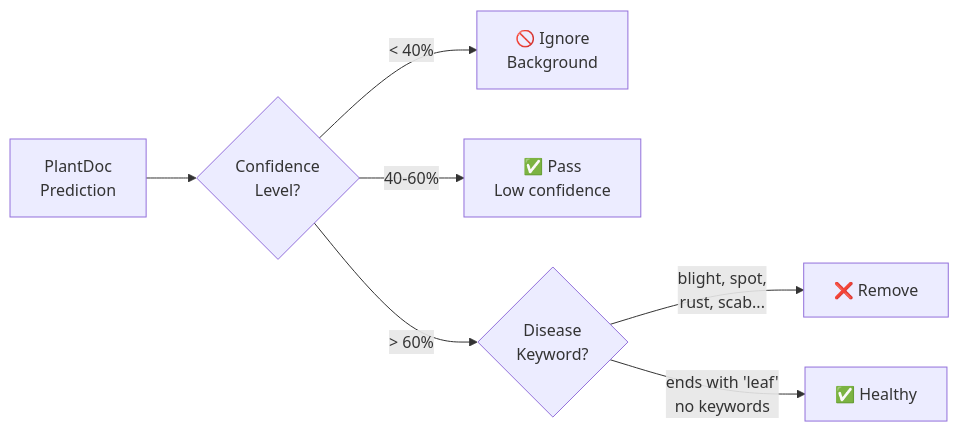
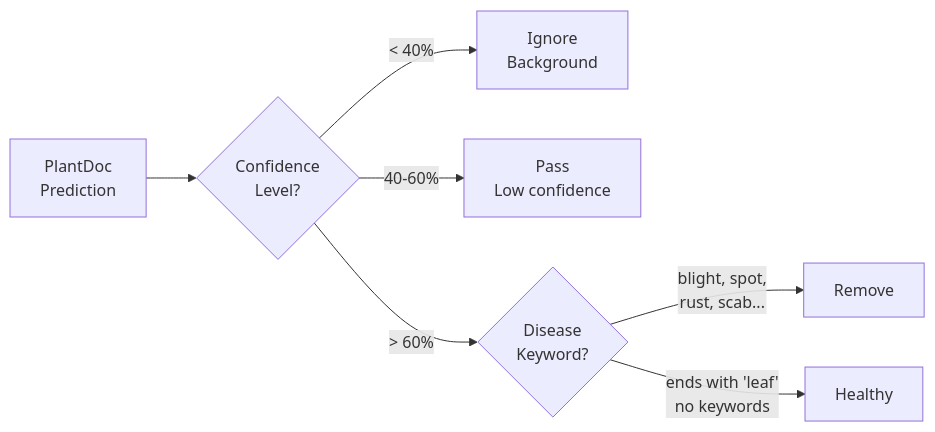
One commit to leesg0107/leesg0107.github.io changed the fourth of 4 diagrams in _posts/project/2025-11-19-herbot.md. Above: the diagram before and after it, drawn with Mermaid. The commit also changed other lines of this file and 77 other files, not shown here.

```diff
--- a/_posts/project/2025-11-19-herbot.md
+++ b/_posts/project/2025-11-19-herbot.md
@@ -179,13 +178,13 @@
 <div class="mermaid">
 flowchart LR
     INPUT["PlantDoc<br/>Prediction"]
 
     INPUT --> CONF{"Confidence<br/>Level?"}
 
-    CONF -->|"< 40%"| IGN["🚫 Ignore<br/>Background"]
-    CONF -->|"40-60%"| PASS["✅ Pass<br/>Low confidence"]
+    CONF -->|"< 40%"| IGN["Ignore<br/>Background"]
+    CONF -->|"40-60%"| PASS["Pass<br/>Low confidence"]
     CONF -->|"> 60%"| KEY{"Disease<br/>Keyword?"}
 
-    KEY -->|"blight, spot,<br/>rust, scab..."| REM["❌ Remove"]
-    KEY -->|"ends with 'leaf'<br/>no keywords"| SAFE["✅ Healthy"]
+    KEY -->|"blight, spot,<br/>rust, scab..."| REM["Remove"]
+    KEY -->|"ends with 'leaf'<br/>no keywords"| SAFE["Healthy"]
 </div>
```
